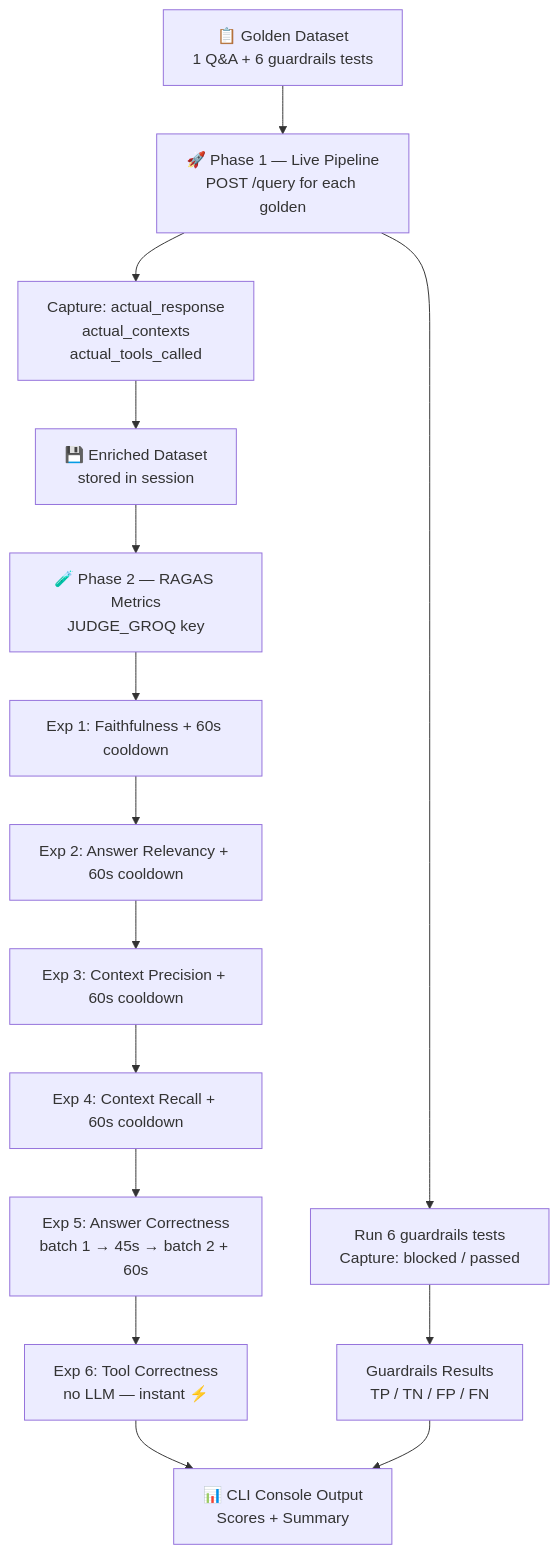
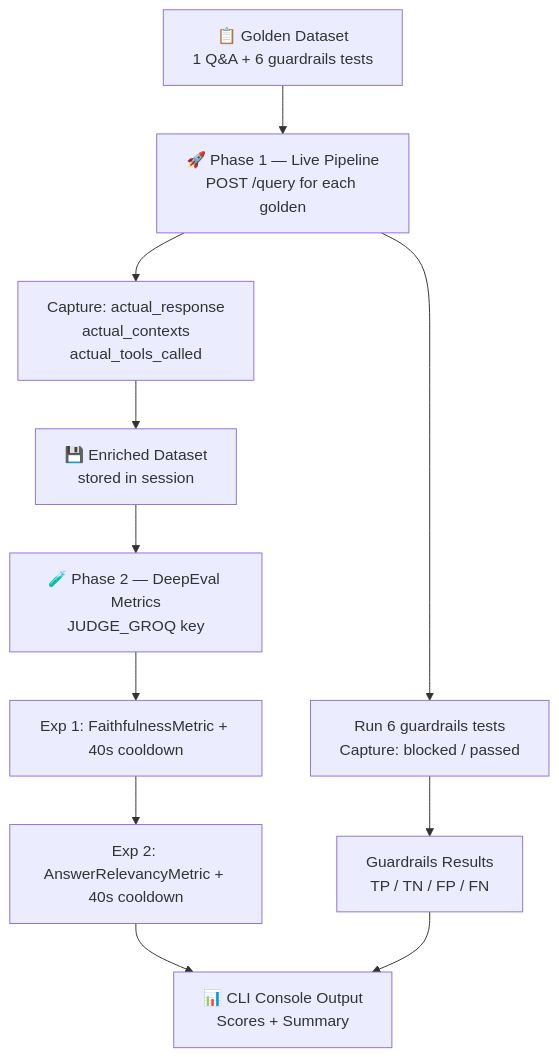
The diagram in docs/12_EVALS_PIPELINE.md (MuhammadUmerKhan/portfolio-web-bot), drawn with Mermaid before and after one commit. The commit also changed other lines of this file and 2 other files, not shown here.

Commit message:
docs: fix threat-model diagram, update guardrails yaml model, and reflect 2-metric DeepEval in evals pipeline

````diff
--- a/docs/12_EVALS_PIPELINE.md
+++ b/docs/12_EVALS_PIPELINE.md
@@ -81,22 +81,18 @@
 ```mermaid
 flowchart TD
     A[📋 Golden Dataset\n1 Q&A + 6 guardrails tests] --> B
 
     B[🚀 Phase 1 — Live Pipeline\nPOST /query for each golden]
     B --> C[Capture: actual_response\nactual_contexts\nactual_tools_called]
     B --> D[Run 6 guardrails tests\nCapture: blocked / passed]
 
     C --> E[💾 Enriched Dataset\nstored in session]
     D --> F[Guardrails Results\nTP / TN / FP / FN]
 
-    E --> G[🧪 Phase 2 — RAGAS Metrics\nJUDGE_GROQ key]
-    G --> H[Exp 1: Faithfulness + 60s cooldown]
-    H --> I[Exp 2: Answer Relevancy + 60s cooldown]
-    I --> J[Exp 3: Context Precision + 60s cooldown]
-    J --> K[Exp 4: Context Recall + 60s cooldown]
-    K --> L[Exp 5: Answer Correctness\nbatch 1 → 45s → batch 2 + 60s]
-    L --> M[Exp 6: Tool Correctness\nno LLM — instant ⚡]
+    E --> G[🧪 Phase 2 — DeepEval Metrics\nJUDGE_GROQ key]
+    G --> H[Exp 1: FaithfulnessMetric + 40s cooldown]
+    H --> I[Exp 2: AnswerRelevancyMetric + 40s cooldown]
 
-    M --> N[📊 CLI Console Output\nScores + Summary]
+    I --> N[📊 CLI Console Output\nScores + Summary]
     F --> N
 ```
````
